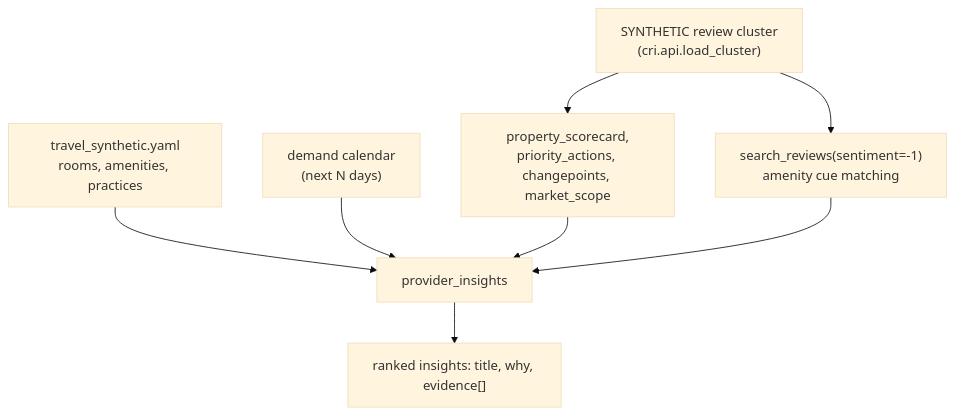
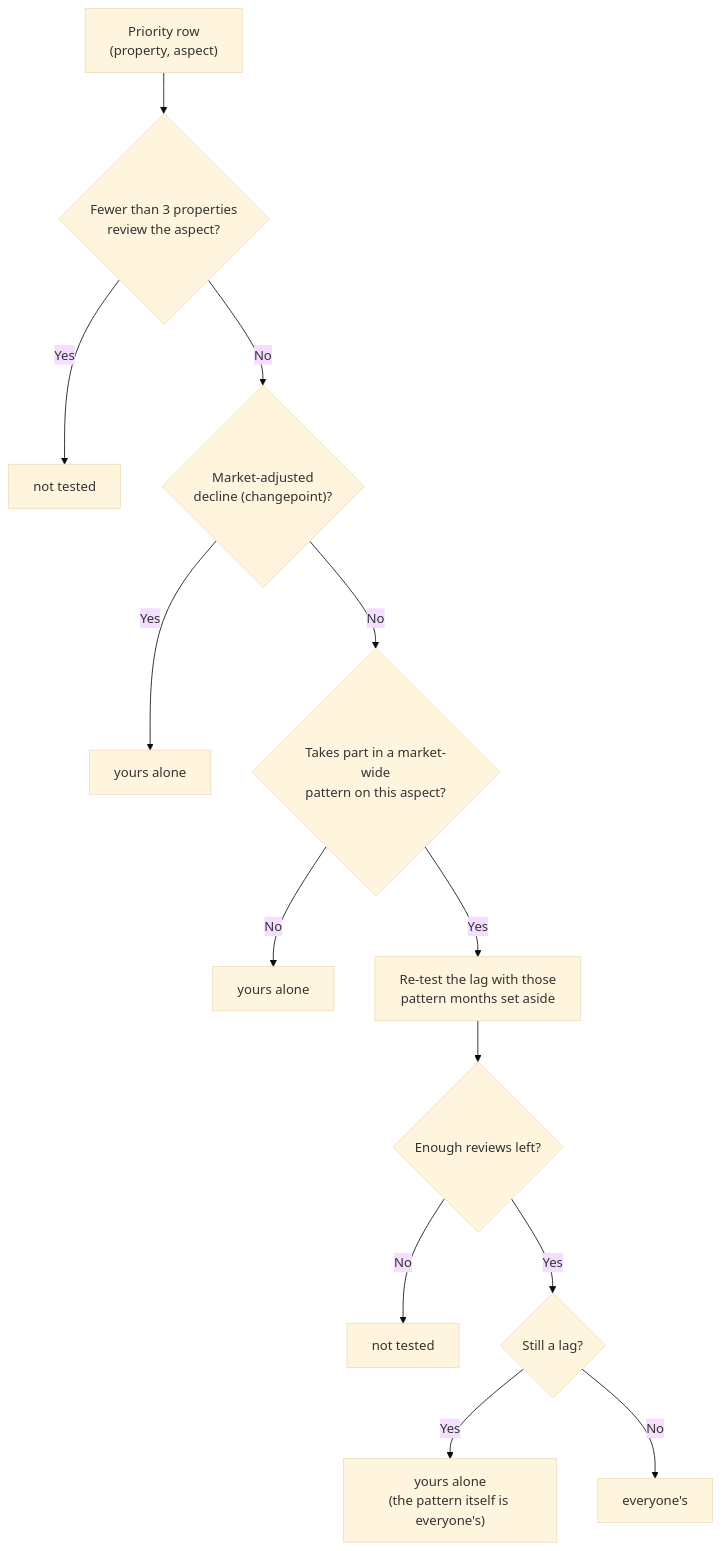
One commit to AnubhavKiroula/cluster-review-intelligence changed the second of 2 diagrams in docs/SYSTEM_DESIGN.md. Above: the diagram before and after it, drawn with Mermaid (base theme). The commit also changed other lines of this file and 19 other files, not shown here.

````diff
--- a/docs/SYSTEM_DESIGN.md
+++ b/docs/SYSTEM_DESIGN.md
@@ -97,10 +77,15 @@
 ```mermaid
 flowchart TD
-  R["SYNTHETIC review cluster<br/>(cri.api.load_cluster)"] --> S["property_scorecard,<br/>priority_actions, changepoints, market_scope"]
-  R --> Q["search_reviews(sentiment=-1)<br/>amenity cue matching"]
-  Y["travel_synthetic.yaml<br/>rooms, amenities, practices"] --> P
-  C["demand calendar<br/>(next N days)"] --> P
-  S --> P["provider_insights"]
-  Q --> P
-  P --> O["ranked insights: title, why, evidence[]"]
+  P["Priority row<br/>(property, aspect)"] --> B{"Fewer than 3 properties<br/>review the aspect?"}
+  B -- Yes --> NT["not tested"]
+  B -- No --> D{"Market-adjusted<br/>decline (changepoint)?"}
+  D -- Yes --> Y1["yours alone"]
+  D -- No --> M{"Takes part in a market-wide<br/>pattern on this aspect?"}
+  M -- No --> Y2["yours alone"]
+  M -- Yes --> R["Re-test the lag with those<br/>pattern months set aside"]
+  R --> F{"Enough reviews left?"}
+  F -- No --> NT2["not tested"]
+  F -- Yes --> L{"Still a lag?"}
+  L -- Yes --> Y3["yours alone<br/>(the pattern itself is everyone's)"]
+  L -- No --> E["everyone's"]
 ```
````
